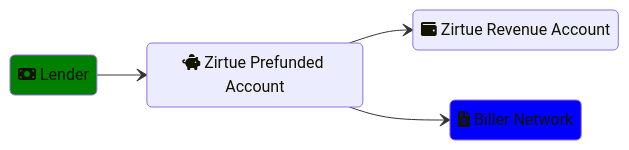
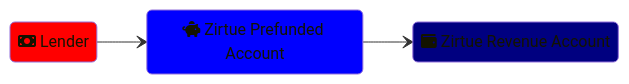
Before and after one commit to jangot/archipelago-rules: the second of 3 diagrams in docs/flow-of-funds.md, drawn with Mermaid. The commit also changed other lines of this file and 1 other file, not shown here.

````diff
--- a/docs/flow-of-funds.md
+++ b/docs/flow-of-funds.md
@@ -31,21 +29,20 @@
 ```mermaid
 ---
 config:
   title: Flow of Funds
   class:
     theme: base
 ---
 
 stateDiagram-v2
   direction LR
-  classDef biller fill:#00f
-  classDef lender fill:green
+  classDef zpre fill:#00f
+  classDef zrev fill:navy
+  classDef lender fill:red
 
   zpre : <i class="fas fa-piggy-bank"></i> Zirtue Prefunded Account
   zrev : <i class="fas fa-wallet"></i> Zirtue Revenue Account
-  biller: <i class="fas fa-file-invoice-dollar"></i> Biller Network
   Lender : <i class="fas fa-money-bill"></i> Lender
-  Lender:::lender --> zpre
-  zpre --> zrev
-  zpre --> biller:::biller
+  Lender:::lender --> zpre:::zpre
+  zpre --> zrev:::zrev
 ```
````
